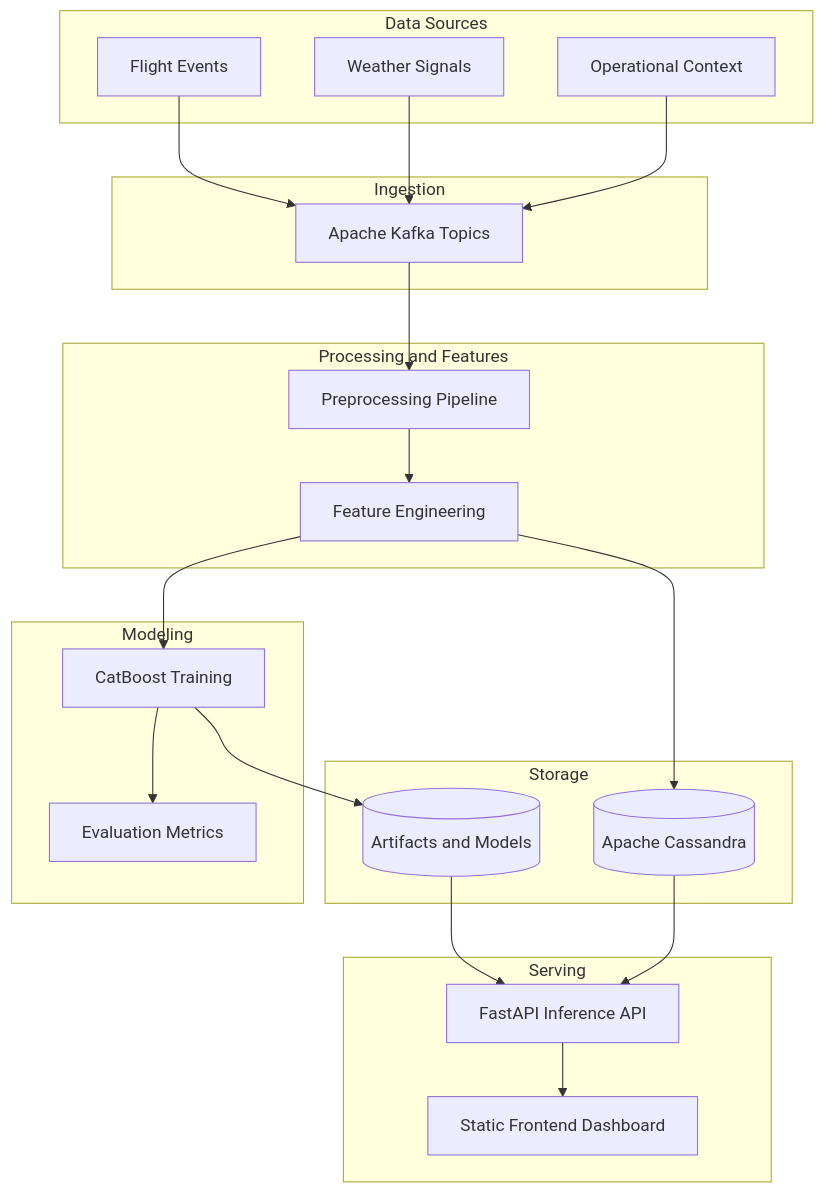
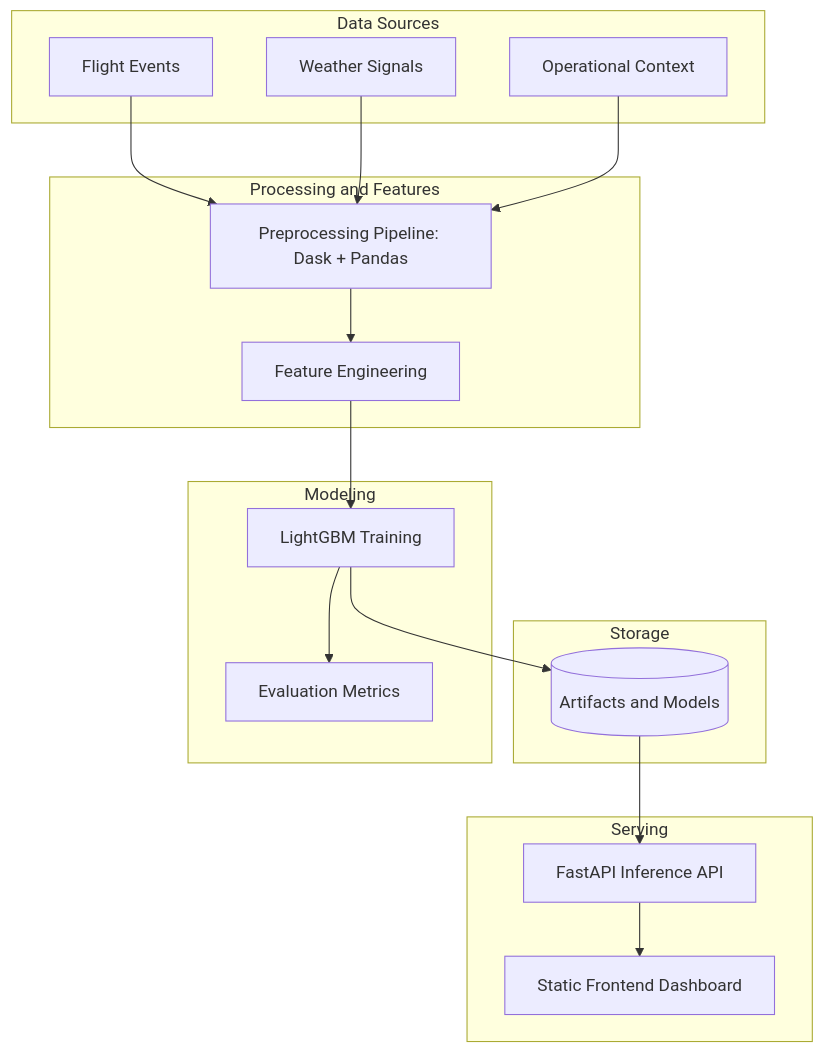
One commit to Murad04/Project-Big-Data changed the second of 3 diagrams in report.md. Above: the diagram before and after it, drawn with Mermaid. The commit also changed other lines of this file and 7 other files, not shown here.

````diff
--- a/report.md
+++ b/report.md
@@ -40,45 +38,37 @@
 ```mermaid
 flowchart TB
 	subgraph DataSources[Data Sources]
 		DS1[Flight Events]
 		DS2[Weather Signals]
 		DS3[Operational Context]
 	end
 
-	subgraph Ingestion[Ingestion]
-		KFK[Apache Kafka Topics]
-	end
-
 	subgraph Processing[Processing and Features]
-		PRC[Preprocessing Pipeline]
+		PRC[Preprocessing Pipeline: Dask + Pandas]
 		FE[Feature Engineering]
 	end
 
 	subgraph Storage[Storage]
-		CAS[(Apache Cassandra)]
 		ART[(Artifacts and Models)]
 	end
 
 	subgraph ML[Modeling]
-		TRN[CatBoost Training]
+		TRN[LightGBM Training]
 		EVAL[Evaluation Metrics]
 	end
 
 	subgraph Serving[Serving]
 		API[FastAPI Inference API]
 		UI[Static Frontend Dashboard]
 	end
 
-	DS1 --> KFK
-	DS2 --> KFK
-	DS3 --> KFK
-	KFK --> PRC
+	DS1 --> PRC
+	DS2 --> PRC
+	DS3 --> PRC
 	PRC --> FE
 	FE --> TRN
 	TRN --> EVAL
-	FE --> CAS
 	TRN --> ART
 	ART --> API
-	CAS --> API
 	API --> UI
 ```
````
